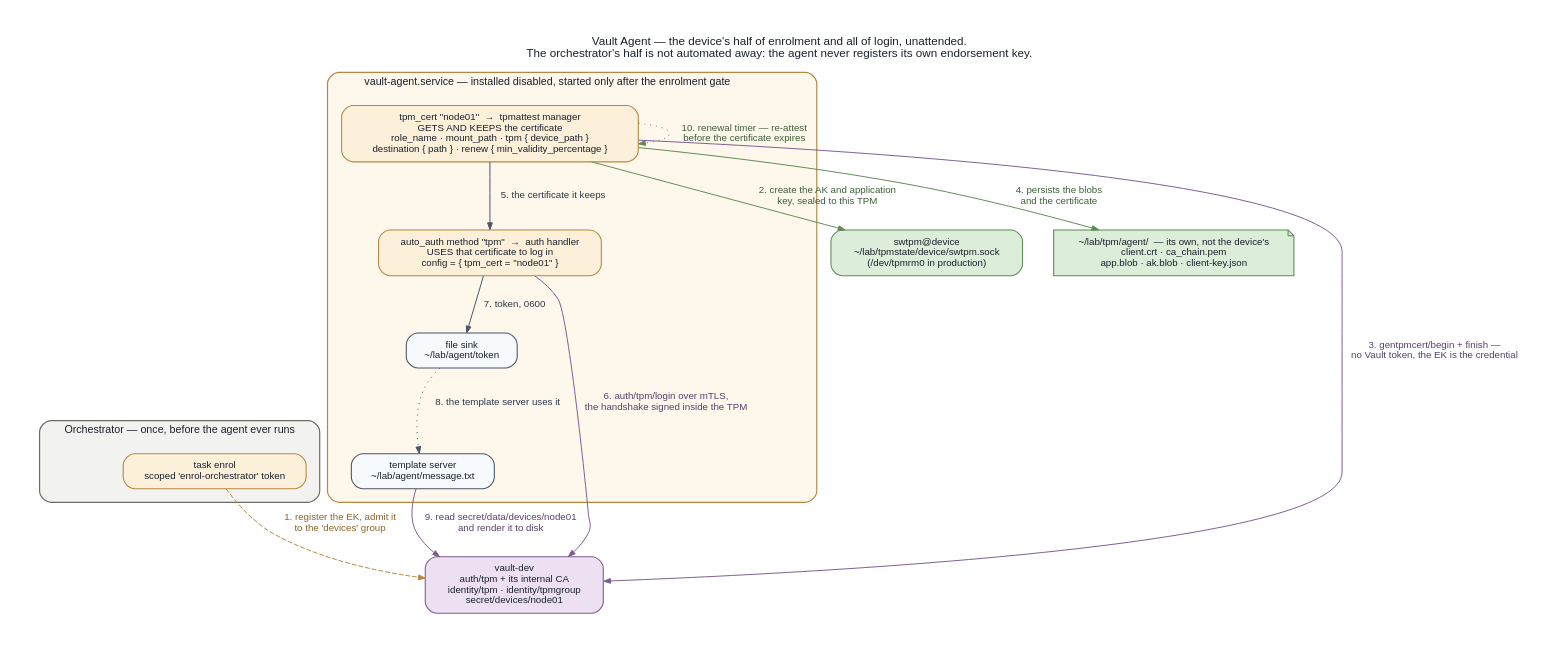
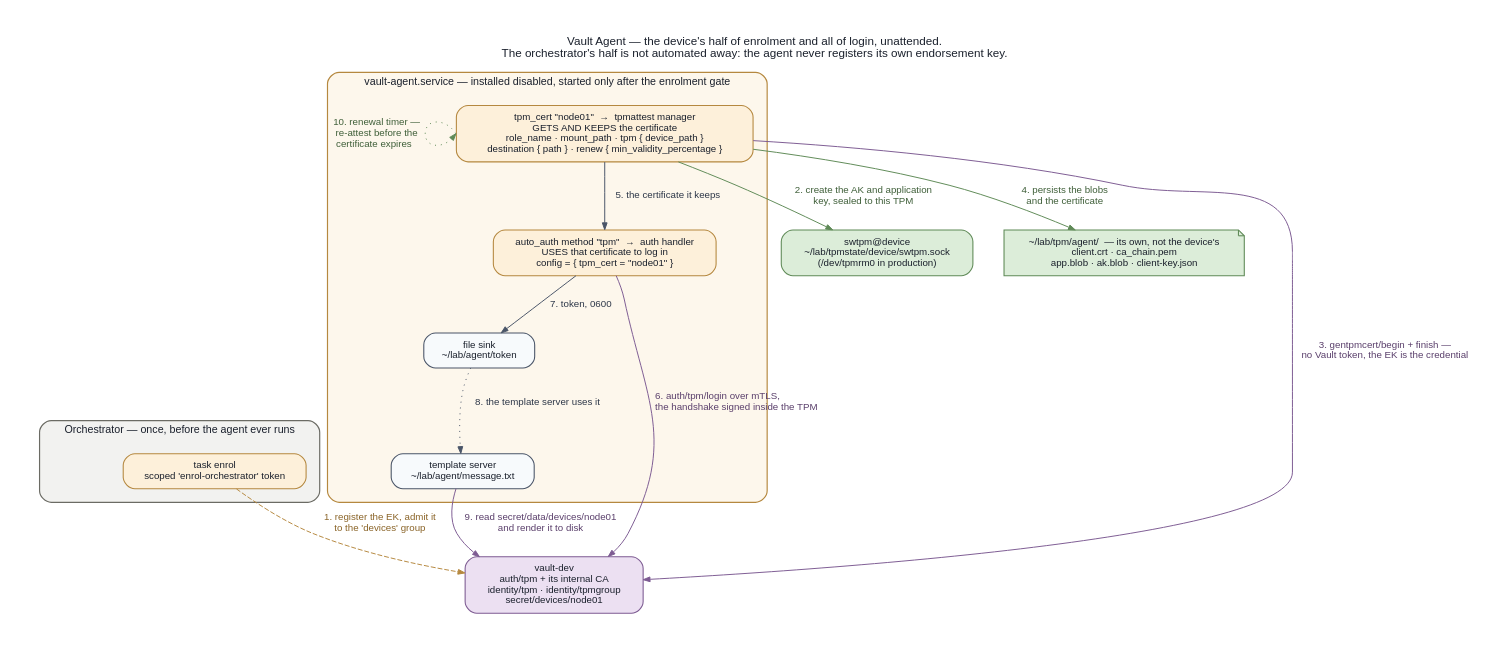
The diagram in docs/diagrams/agent.dot (nhsy-hcp/multipass-vault-tpm), drawn with Graphviz before and after one commit. The commit also changed 3 other files, not shown here.

Commit message:
docs: fix overlapping edge labels in topology and agent diagrams

```diff
--- a/docs/diagrams/agent.dot
+++ b/docs/diagrams/agent.dot
@@ -1,157 +1,157 @@
 // Vault TPM auth lab — Part 9: the Vault Agent doing the device's work.
 // Render: dot -Tpng -Gdpi=144 -o agent.png agent.dot
 // or: task docs:diagram
 
 digraph agent {
   rankdir=TB;
   bgcolor="white";
   compound=true;
   splines=spline;
   nodesep=0.45;
   ranksep=0.65;
   fontname="Helvetica";
   fontsize=12;
   fontcolor="#1a202c";
   pad=0.35;
   label="Vault Agent — the device's half of enrolment and all of login, unattended.\nThe orchestrator's half is not automated away: the agent never registers its own endorsement key.";
   labelloc="t";
 
   node [
     shape=box,
     style="rounded,filled",
     fontname="Helvetica",
     fontsize=10,
     color="#4a5568",
     fillcolor="#f7fafc",
     fontcolor="#1a202c",
     penwidth=1.1,
     margin="0.18,0.10"
   ];
 
   edge [
     fontname="Helvetica",
     fontsize=10,
     color="#4a5568",
     fontcolor="#2d3748",
     penwidth=1.0,
     arrowsize=0.7
   ];
 
   // Out of band, once per device, and not the agent's to do.
   subgraph cluster_orchestrator {
     label="Orchestrator — once, before the agent ever runs";
     labeljust="l";
     fontsize=11;
     fontcolor="#1a202c";
     margin=14;
     style="rounded,filled";
     fillcolor="#f2f2f0";
     color="#6b6b64";
     penwidth=1.2;
 
     orch [
       label="task enrol\nscoped 'enrol-orchestrator' token",
       fillcolor="#fdf0da",
       color="#b5883f"
     ];
   }
 
   // The two halves of the agent's own configuration, each folded into the
   // component it configures — the split is the lesson of Part 9.
   subgraph cluster_agent {
     label="vault-agent.service — installed disabled, started only after the enrolment gate";
     labeljust="l";
     fontsize=11;
     fontcolor="#1a202c";
     margin=14;
     style="rounded,filled";
     fillcolor="#fdf7ec";
     color="#b5883f";
     penwidth=1.2;
 
     certmgr [
       label="tpm_cert \"node01\"  →  tpmattest manager\nGETS AND KEEPS the certificate\nrole_name · mount_path · tpm { device_path }\ndestination { path } · renew { min_validity_percentage }",
       fillcolor="#fdf0da",
       color="#b5883f"
     ];
 
     authh [
       label="auto_auth method \"tpm\"  →  auth handler\nUSES that certificate to log in\nconfig = { tpm_cert = \"node01\" }",
       fillcolor="#fdf0da",
       color="#b5883f"
     ];
 
     sink [label="file sink\n~/lab/agent/token"];
     tmpl [label="template server\n~/lab/agent/message.txt"];
   }
 
   tpm [
     label="swtpm@device\n~/lab/tpmstate/device/swtpm.sock\n(/dev/tpmrm0 in production)",
     fillcolor="#dcedd9",
     color="#5f8a57"
   ];
 
   state [
     label="~/lab/tpm/agent/  — its own, not the device's\nclient.crt · ca_chain.pem\napp.blob · ak.blob · client-key.json",
     shape=note,
     style="filled",
     fillcolor="#dcedd9",
     color="#5f8a57"
   ];
 
   vault [
     label="vault-dev\nauth/tpm + its internal CA\nidentity/tpm · identity/tpmgroup\nsecret/devices/node01",
     fillcolor="#ece0f2",
     color="#7d5b92"
   ];
 
   // ------------------------------------------------------------------- the flow
   orch -> vault [
     label="  1. register the EK, admit it\n  to the 'devices' group",
     style=dashed,
     color="#b5883f",
     fontcolor="#8a6428"
   ];
 
   certmgr -> tpm [
     label="  2. create the AK and application\n  key, sealed to this TPM",
     color="#5f8a57",
     fontcolor="#3f5f39"
   ];
 
   certmgr -> vault [
     label="3. gentpmcert/begin + finish —\nno Vault token, the EK is the credential",
     color="#7d5b92",
     fontcolor="#5a3f6b"
   ];
 
   certmgr -> state [
     label="  4. persists the blobs\n  and the certificate",
     color="#5f8a57",
     fontcolor="#3f5f39"
   ];
 
   certmgr -> authh [label="  5. the certificate it keeps"];
 
   authh -> vault [
-    label="6. auth/tpm/login over mTLS,\nthe handshake signed inside the TPM",
+    label="  6. auth/tpm/login over mTLS,\l  the handshake signed inside the TPM\l",
     color="#7d5b92",
     fontcolor="#5a3f6b"
   ];
 
   authh -> sink [label="  7. token, 0600"];
   sink  -> tmpl [label="  8. the template server uses it", style=dotted];
 
   tmpl -> vault [
     label="9. read secret/data/devices/node01\nand render it to disk",
     color="#7d5b92",
     fontcolor="#5a3f6b"
   ];
 
-  certmgr -> certmgr [
-    label="  10. renewal timer — re-attest\n  before the certificate expires",
+  certmgr:w -> certmgr:w [
+    label="10. renewal timer —\nre-attest before the\ncertificate expires  ",
     style=dotted,
     color="#5f8a57",
     fontcolor="#3f5f39"
   ];
 }
```
